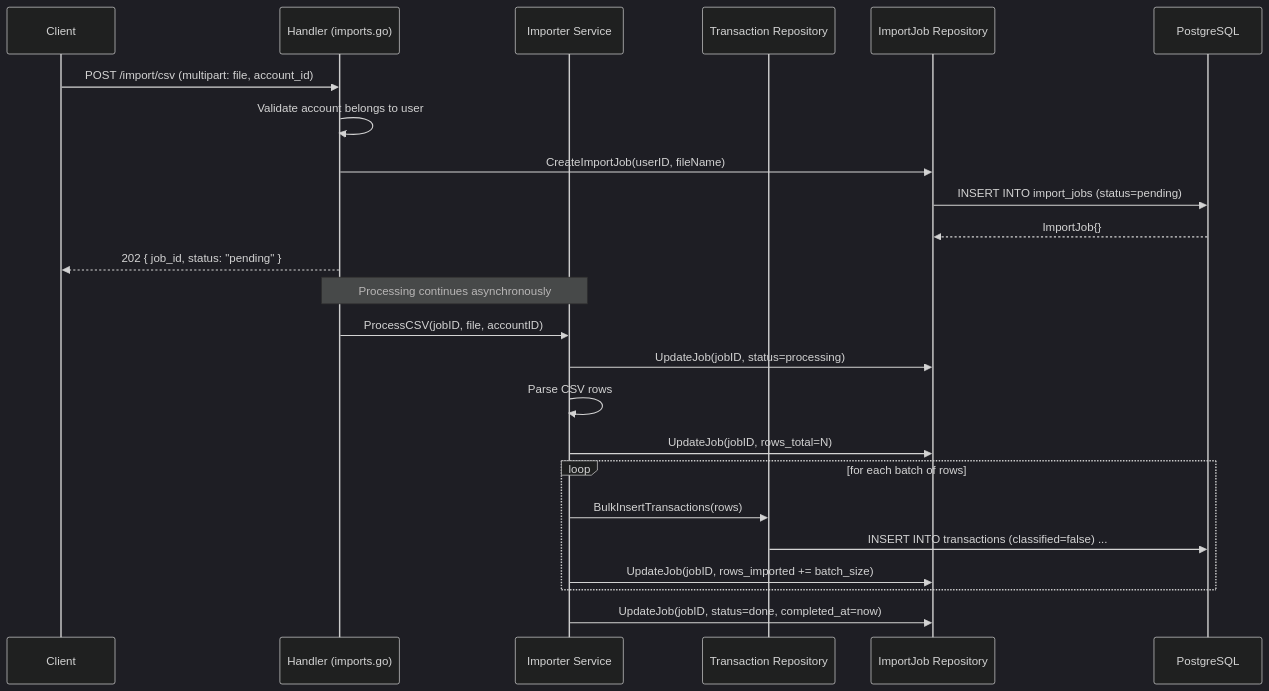
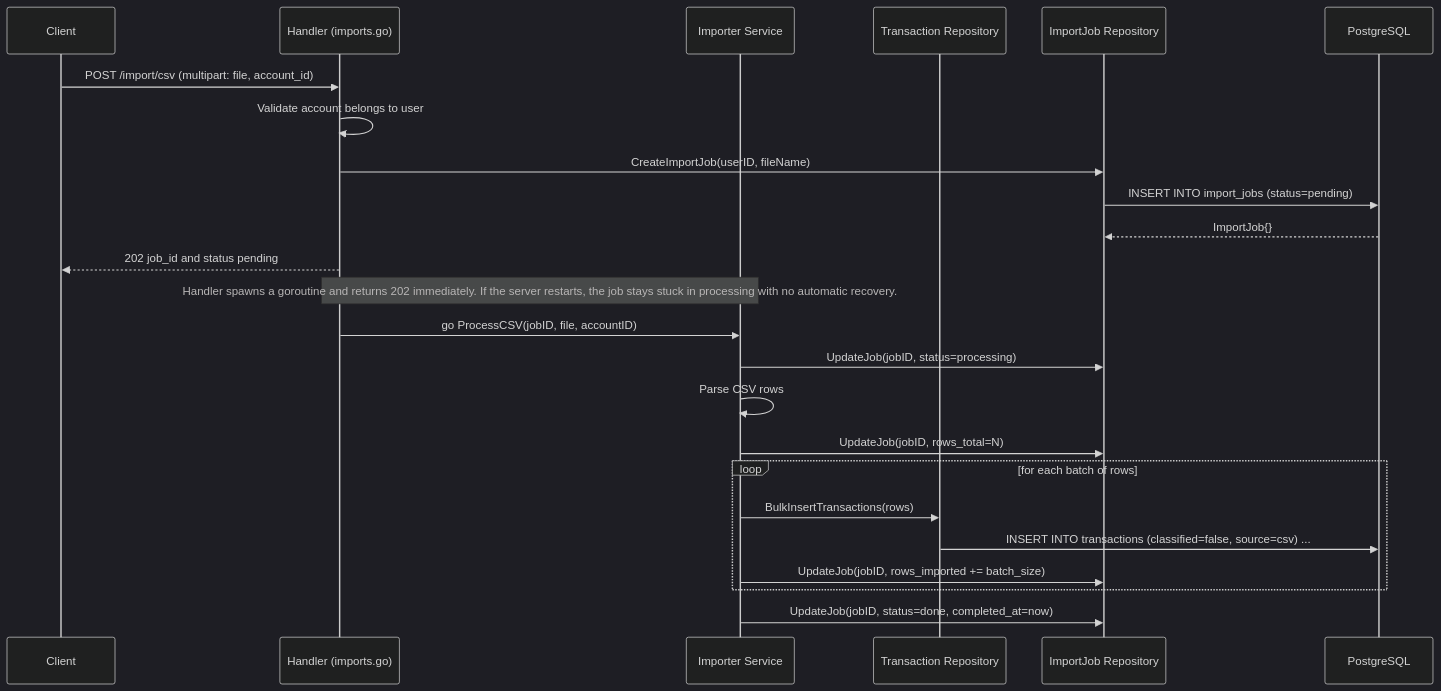
Before and after one commit to ppinedo0714/a-couple-of-coins: the fifth of 7 diagrams in backend/docs/flows.md, drawn with Mermaid (dark theme). The commit also changed other lines of this file and 3 other files, not shown here.

````diff
--- a/backend/docs/flows.md
+++ b/backend/docs/flows.md
@@ -148,31 +148,31 @@
 ```mermaid
 sequenceDiagram
     participant C as Client
     participant H as Handler (imports.go)
     participant IS as Importer Service
     participant TR as Transaction Repository
     participant IR as ImportJob Repository
     participant DB as PostgreSQL
 
     C->>H: POST /import/csv (multipart: file, account_id)
     H->>H: Validate account belongs to user
     H->>IR: CreateImportJob(userID, fileName)
     IR->>DB: INSERT INTO import_jobs (status=pending)
     DB-->>IR: ImportJob{}
-    H-->>C: 202 { job_id, status: "pending" }
+    H-->>C: 202 job_id and status pending
 
-    Note over H,IS: Processing continues asynchronously
+    Note over H,IS: Handler spawns a goroutine and returns 202 immediately. If the server restarts, the job stays stuck in processing with no automatic recovery.
 
-    H->>IS: ProcessCSV(jobID, file, accountID)
+    H->>IS: go ProcessCSV(jobID, file, accountID)
     IS->>IR: UpdateJob(jobID, status=processing)
     IS->>IS: Parse CSV rows
     IS->>IR: UpdateJob(jobID, rows_total=N)
 
     loop for each batch of rows
         IS->>TR: BulkInsertTransactions(rows)
-        TR->>DB: INSERT INTO transactions (classified=false) ...
+        TR->>DB: INSERT INTO transactions (classified=false, source=csv) ...
         IS->>IR: UpdateJob(jobID, rows_imported += batch_size)
     end
 
     IS->>IR: UpdateJob(jobID, status=done, completed_at=now)
 ```
````
